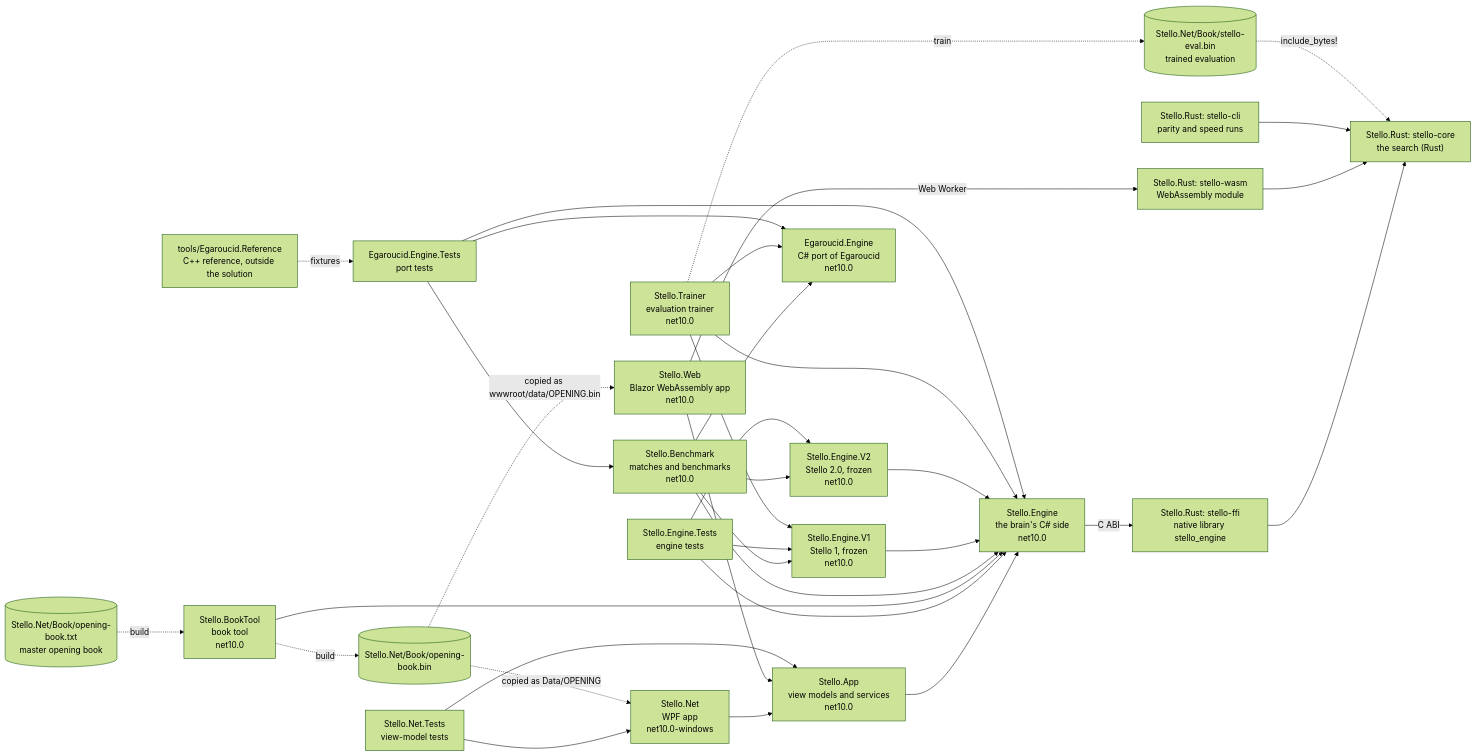
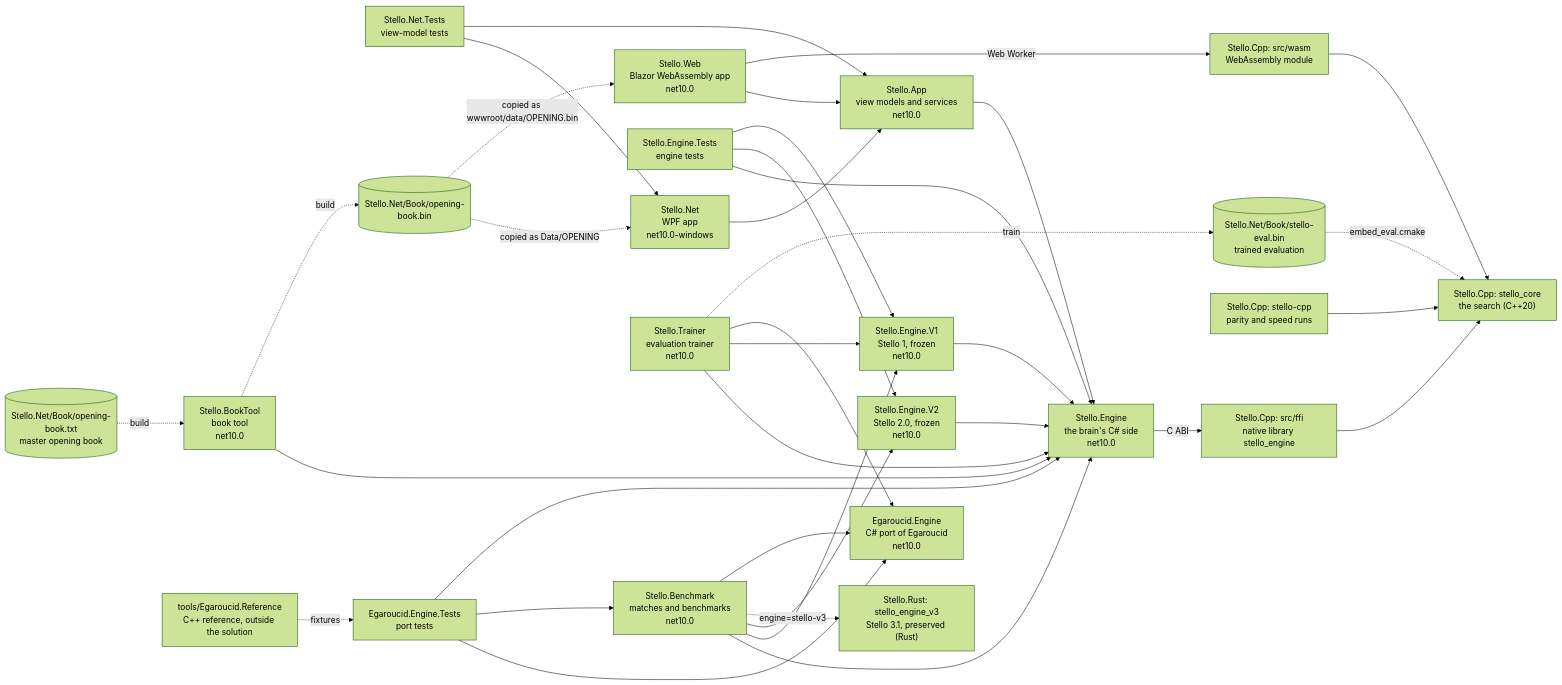
Before and after one commit to cjp-dev/Stello: the first of 4 diagrams in docs/01-overview.md, drawn with Mermaid (forest theme). The commit also changed other lines of this file and 64 other files, not shown here.

````diff
--- a/docs/01-overview.md
+++ b/docs/01-overview.md
@@ -11,36 +11,37 @@
 ```mermaid
 flowchart LR
     Wpf["Stello.Net<br/>WPF app<br/>net10.0-windows"] --> Shared["Stello.App<br/>view models and services<br/>net10.0"]
     Web["Stello.Web<br/>Blazor WebAssembly app<br/>net10.0"] --> Shared
     Shared --> Engine["Stello.Engine<br/>the brain's C# side<br/>net10.0"]
-    Engine -- "C ABI" --> Ffi["Stello.Rust: stello-ffi<br/>native library stello_engine"]
-    Web -- "Web Worker" --> Wasm["Stello.Rust: stello-wasm<br/>WebAssembly module"]
-    Ffi --> Core["Stello.Rust: stello-core<br/>the search (Rust)"]
+    Engine -- "C ABI" --> Ffi["Stello.Cpp: src/ffi<br/>native library stello_engine"]
+    Web -- "Web Worker" --> Wasm["Stello.Cpp: src/wasm<br/>WebAssembly module"]
+    Ffi --> Core["Stello.Cpp: stello_core<br/>the search (C++20)"]
     Wasm --> Core
-    Cli["Stello.Rust: stello-cli<br/>parity and speed runs"] --> Core
+    Cli["Stello.Cpp: stello-cpp<br/>parity and speed runs"] --> Core
     AppTests["Stello.Net.Tests<br/>view-model tests"] --> Wpf
     AppTests --> Shared
     EngineTests["Stello.Engine.Tests<br/>engine tests"] --> Engine
     Tool["Stello.BookTool<br/>book tool<br/>net10.0"] --> Engine
     Bench["Stello.Benchmark<br/>matches and benchmarks<br/>net10.0"] --> Engine
     V1["Stello.Engine.V1<br/>Stello 1, frozen<br/>net10.0"] --> Engine
     V2["Stello.Engine.V2<br/>Stello 2.0, frozen<br/>net10.0"] --> Engine
     Bench --> V1
     Bench --> V2
+    Bench -. "engine=stello-v3" .-> RustV3["Stello.Rust: stello_engine_v3<br/>Stello 3.1, preserved (Rust)"]
     EngineTests --> V2
     Bench --> Egaroucid["Egaroucid.Engine<br/>C# port of Egaroucid<br/>net10.0"]
     EngineTests --> V1
     Trainer["Stello.Trainer<br/>evaluation trainer<br/>net10.0"] --> Engine
     Trainer --> V1
     Trainer --> Egaroucid
     EgaroucidTests["Egaroucid.Engine.Tests<br/>port tests"] --> Egaroucid
     EgaroucidTests --> Bench
     EgaroucidTests --> Engine
     Reference["tools/Egaroucid.Reference<br/>C++ reference, outside the solution"] -. "fixtures" .-> EgaroucidTests
     Text[("Stello.Net/Book/opening-book.txt<br/>master opening book")] -. "build" .-> Tool
     Tool -. "build" .-> Book[("Stello.Net/Book/opening-book.bin")]
     Book -. "copied as Data/OPENING" .-> Wpf
     Book -. "copied as wwwroot/data/OPENING.bin" .-> Web
     Trainer -. "train" .-> Eval[("Stello.Net/Book/stello-eval.bin<br/>trained evaluation")]
-    Eval -. "include_bytes!" .-> Core
+    Eval -. "embed_eval.cmake" .-> Core
 ```
````
